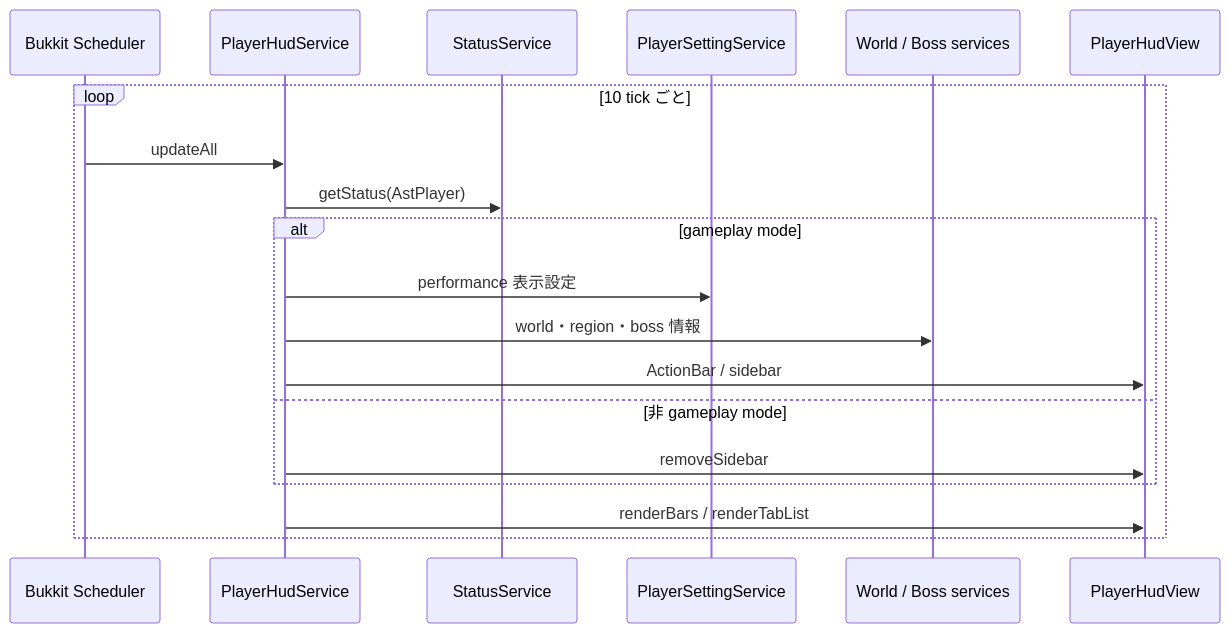
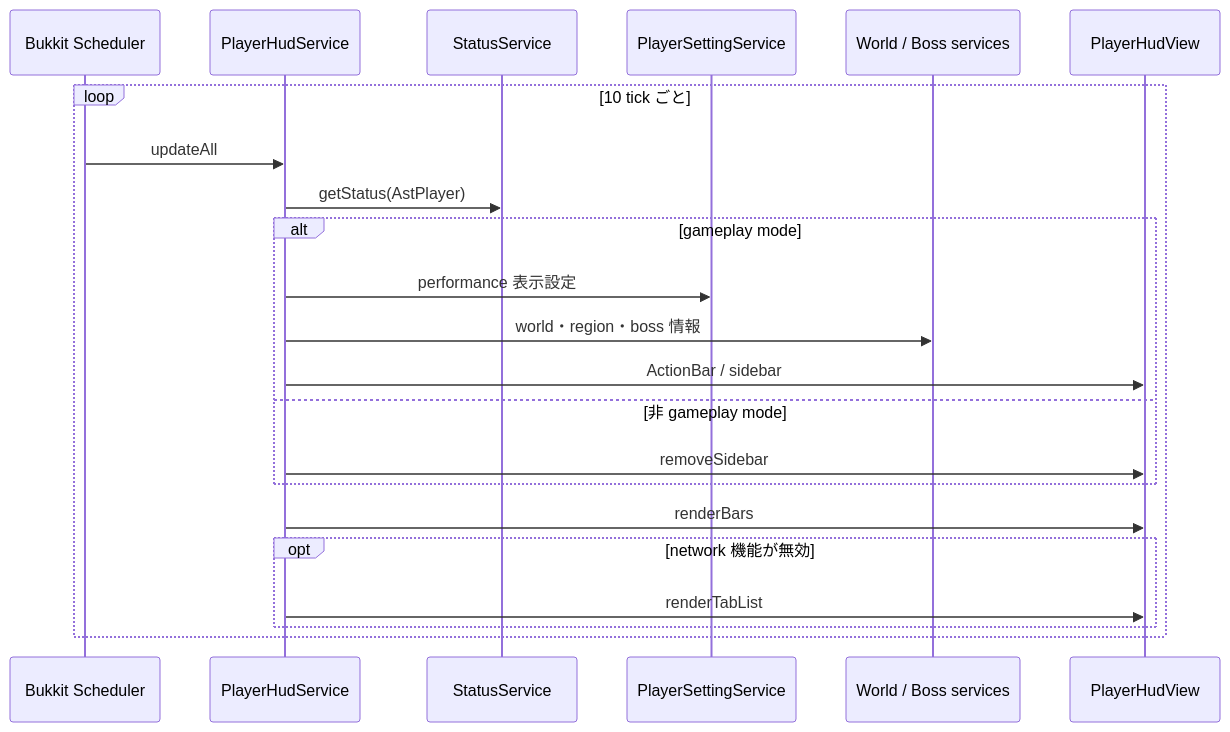
One commit to maaasu/AstralRecord-Workspace changed the first of 3 diagrams in 00_docs/10_Plugin設計書/feature/10-hud/10_4-統合フロー.md. Above: the diagram before and after it, drawn with Mermaid. The commit also changed other lines of this file and 9 other files, not shown here.

````diff
--- a/00_docs/10_Plugin設計書/feature/10-hud/10_4-統合フロー.md
+++ b/00_docs/10_Plugin設計書/feature/10-hud/10_4-統合フロー.md
@@ -7,22 +7,25 @@
 ```mermaid
 sequenceDiagram
     participant Task as Bukkit Scheduler
     participant Hud as PlayerHudService
     participant Status as StatusService
     participant Setting as PlayerSettingService
     participant World as World / Boss services
     participant View as PlayerHudView
 
     loop 10 tick ごと
         Task->>Hud: updateAll
         Hud->>Status: getStatus(AstPlayer)
         alt gameplay mode
             Hud->>Setting: performance 表示設定
             Hud->>World: world・region・boss 情報
             Hud->>View: ActionBar / sidebar
         else 非 gameplay mode
             Hud->>View: removeSidebar
         end
-        Hud->>View: renderBars / renderTabList
+        Hud->>View: renderBars
+        opt network 機能が無効
+            Hud->>View: renderTabList
+        end
     end
 ```
````
